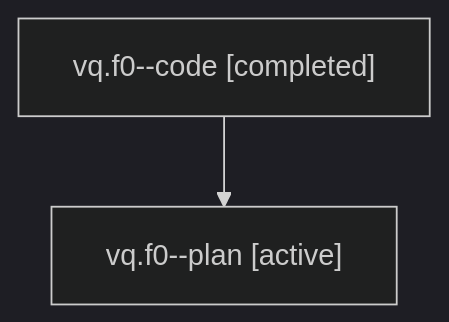
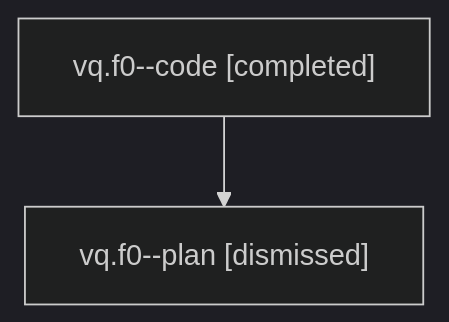
One commit to sase-org/sase--agents changed the diagram in sessions/bbugyi200.athena.vq.f0.md. Above: the diagram before and after it, drawn with Mermaid (dark theme). The commit also changed other lines of this file and 38 other files, not shown here.

````diff
--- a/sessions/bbugyi200.athena.vq.f0.md
+++ b/sessions/bbugyi200.athena.vq.f0.md
@@ -9,6 +9,6 @@
 ```mermaid
 flowchart TD
   n0["vq.f0--code [completed]"]
-  n1["vq.f0--plan [active]"]
+  n1["vq.f0--plan [dismissed]"]
   n0 --> n1
 ```
````
